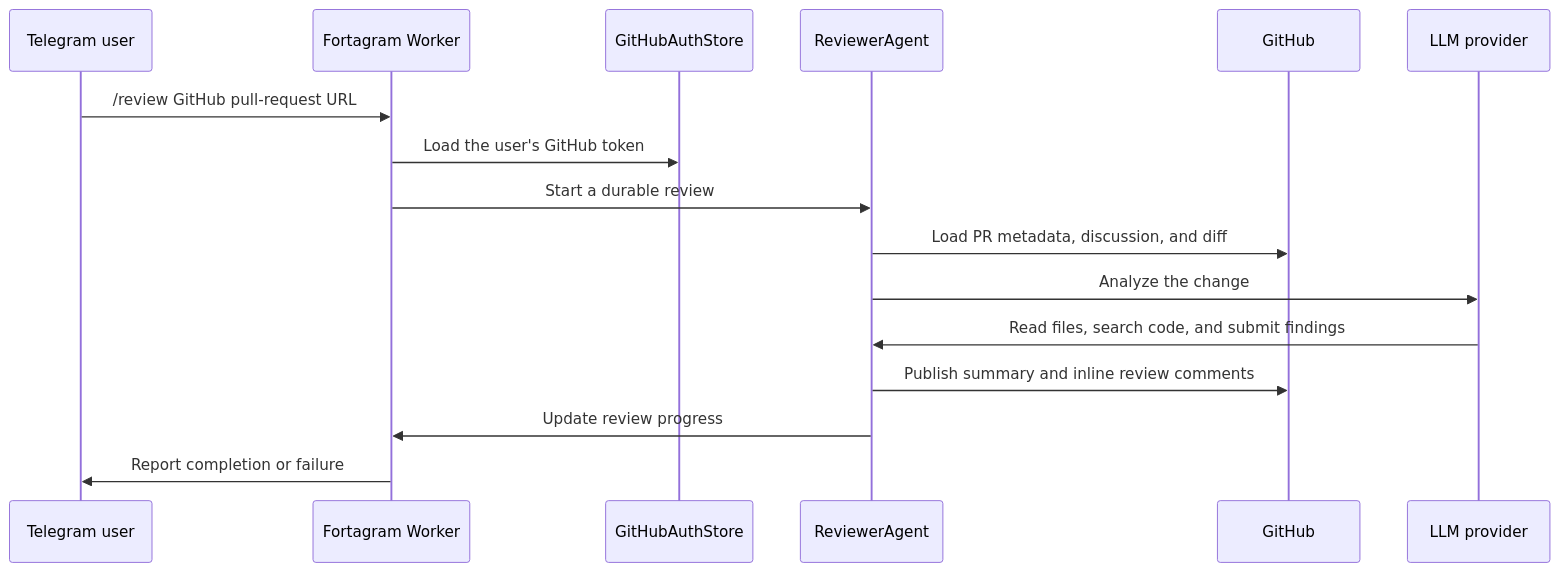
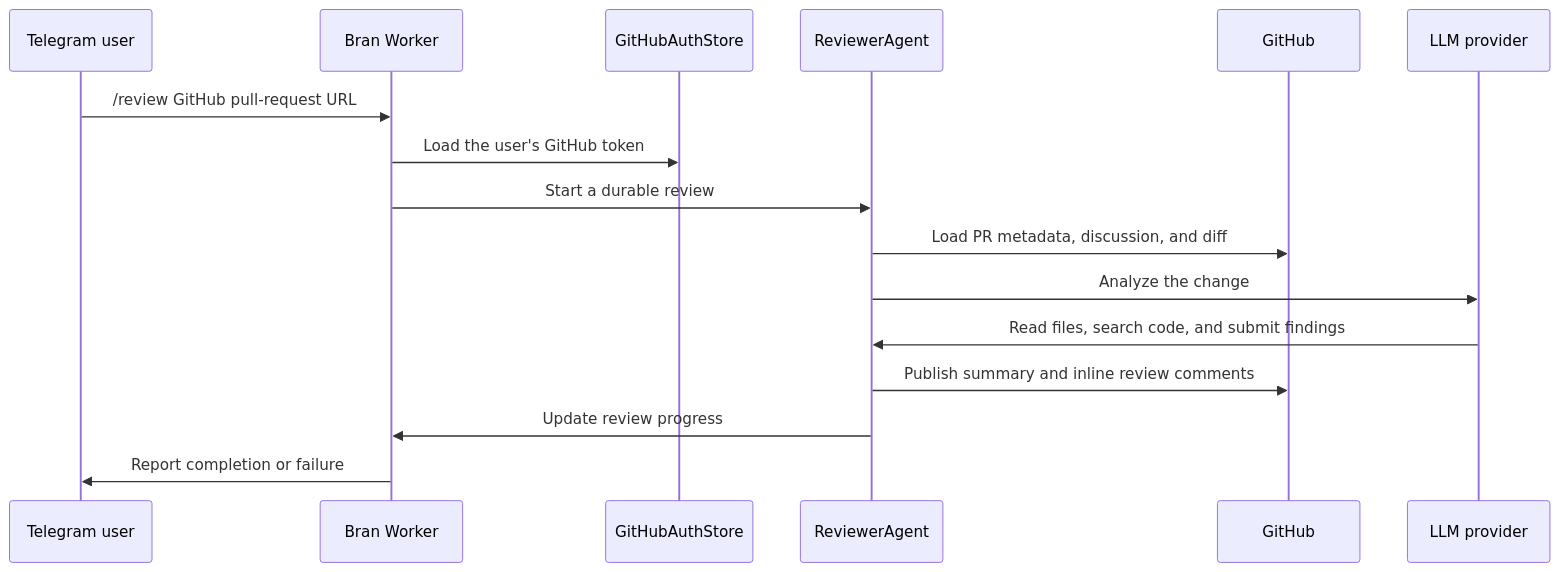
The diagram in README.md (SphericalKat/bran), drawn with Mermaid before and after one commit. The commit also changed other lines of this file and 21 other files, not shown here.

````diff
--- a/README.md
+++ b/README.md
@@ -19,19 +19,19 @@
 ```mermaid
 sequenceDiagram
     participant User as Telegram user
-    participant Bot as Fortagram Worker
+    participant Bot as Bran Worker
     participant Auth as GitHubAuthStore
     participant Agent as ReviewerAgent
     participant GitHub
     participant LLM as LLM provider
 
     User->>Bot: /review GitHub pull-request URL
     Bot->>Auth: Load the user's GitHub token
     Bot->>Agent: Start a durable review
     Agent->>GitHub: Load PR metadata, discussion, and diff
     Agent->>LLM: Analyze the change
     LLM->>Agent: Read files, search code, and submit findings
     Agent->>GitHub: Publish summary and inline review comments
     Agent->>Bot: Update review progress
     Bot->>User: Report completion or failure
 ```
````
